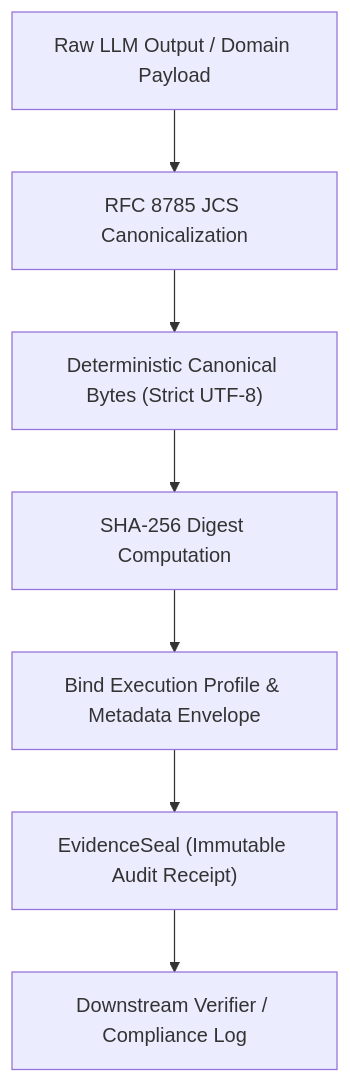
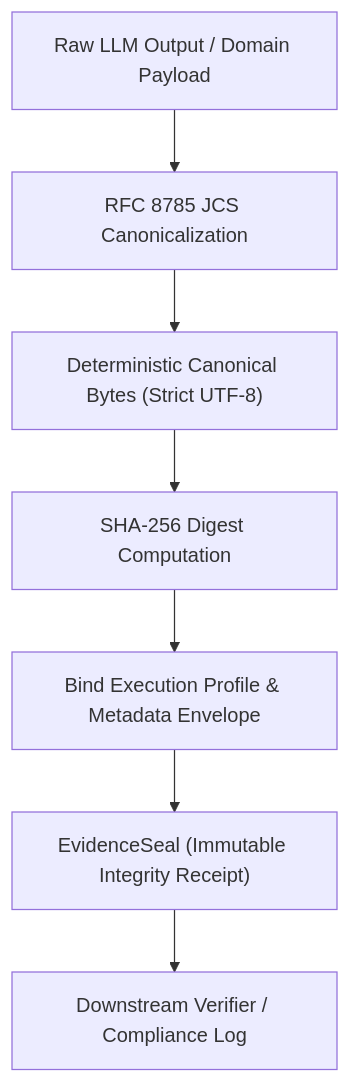
The diagram in README.md (huangbuqubunao-alt/open-evidence), drawn with Mermaid before and after one commit. The commit also changed other lines of this file and 9 other files, not shown here.

````diff
--- a/README.md
+++ b/README.md
@@ -122,9 +137,9 @@
 ```mermaid
 flowchart TD
     A["Raw LLM Output / Domain Payload"] --> B["RFC 8785 JCS Canonicalization"]
     B --> C["Deterministic Canonical Bytes (Strict UTF-8)"]
     C --> D["SHA-256 Digest Computation"]
     D --> E["Bind Execution Profile & Metadata Envelope"]
-    E --> F["EvidenceSeal (Immutable Audit Receipt)"]
+    E --> F["EvidenceSeal (Immutable Integrity Receipt)"]
     F --> G["Downstream Verifier / Compliance Log"]
 ```
````
